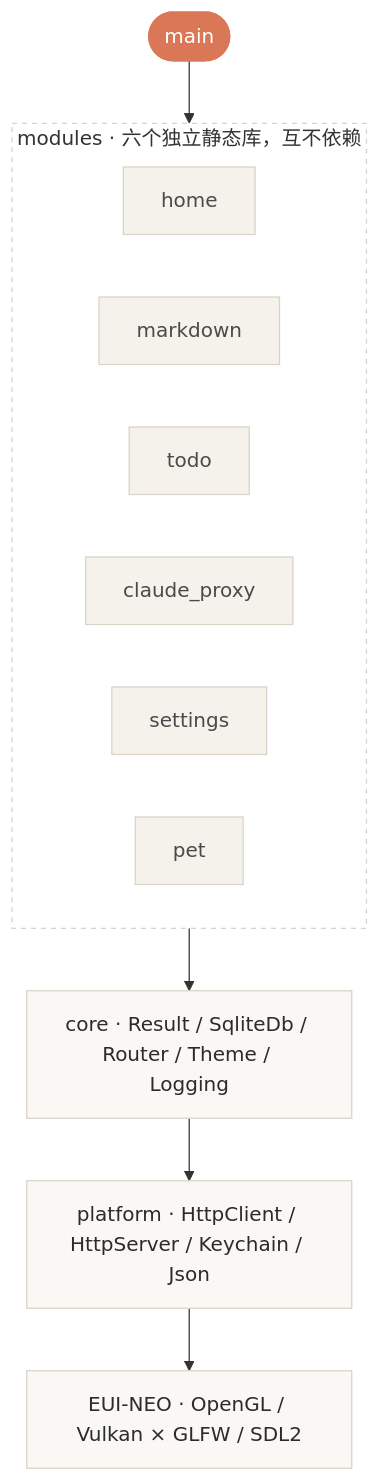
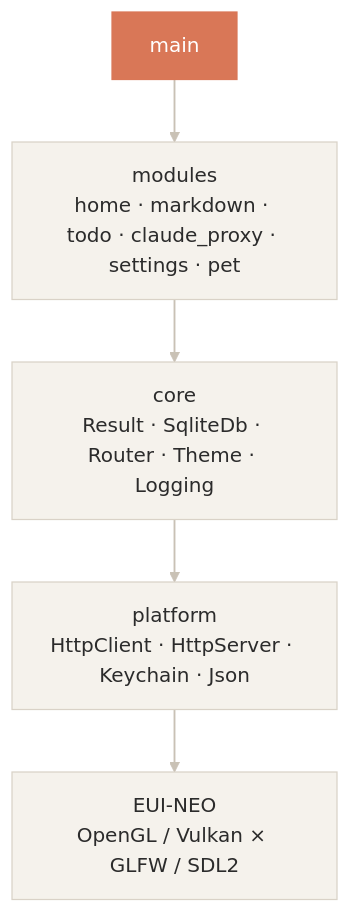
Before and after one commit to coderstory/DevDesk: the diagram in README.md, drawn with Mermaid.

Commit message:
docs(readme): 修架构图渲染错乱 + 功能表去掉 emoji
架构图：上一版叠了三个 GitHub mermaid 不稳的写法 —— subgraph 带标题、
subgraph 内 direction LR、style 里 stroke-dasharray 带空格 —— 真机上渲染错乱。
改成只用最基础语法：节点用带引号的标签 + <br/> 分两行、逐节点 style、linkStyle 统一连线色。
已用 mermaid.ink 实渲染验证（HTTP 200，返回有效 PNG）。

功能表：第一列 emoji 去掉（用户反馈很丑）—— 混排会让左列宽窄不一，
且 ⚙️ 这类带变体选择符的字形在各渲染器上不一致。只留加粗模块名。

````diff
--- a/README.md
+++ b/README.md
@@ -161,32 +161,14 @@
 ```mermaid
 flowchart TD
-    main(["main"])
+    A["main"] --> B["modules<br/>home · markdown · todo · claude_proxy · settings · pet"]
+    B --> C["core<br/>Result · SqliteDb · Router · Theme · Logging"]
+    C --> D["platform<br/>HttpClient · HttpServer · Keychain · Json"]
+    D --> E["EUI-NEO<br/>OpenGL / Vulkan × GLFW / SDL2"]
 
-    subgraph modules["modules · 六个独立静态库，互不依赖"]
-        direction LR
-        home["home"]
-        markdown["markdown"]
-        todo["todo"]
-        claude["claude_proxy"]
-        settings["settings"]
-        pet["pet"]
-    end
-
-    core["core · Result / SqliteDb / Router / Theme / Logging"]
-    platform["platform · HttpClient / HttpServer / Keychain / Json"]
-    eui["EUI-NEO · OpenGL / Vulkan × GLFW / SDL2"]
-
-    main --> modules
-    modules --> core
-    core --> platform
-    platform --> eui
-
-    classDef accent fill:#D97757,stroke:#D97757,color:#FFFFFF
-    classDef layer fill:#FAF8F4,stroke:#D9D2C7,color:#2B2B2B
-    classDef mod fill:#F5F2EC,stroke:#D9D2C7,color:#4A4A4A
-
-    class main accent
-    class core,platform,eui layer
-    class home,markdown,todo,claude,settings,pet mod
-    style modules fill:#FFFFFF,stroke:#D9D2C7,stroke-dasharray: 4 4
+    style A fill:#D97757,stroke:#D97757,color:#FFFFFF
+    style B fill:#F5F2EC,stroke:#D9D2C7,color:#2B2B2B
+    style C fill:#F5F2EC,stroke:#D9D2C7,color:#2B2B2B
+    style D fill:#F5F2EC,stroke:#D9D2C7,color:#2B2B2B
+    style E fill:#F5F2EC,stroke:#D9D2C7,color:#2B2B2B
+    linkStyle default stroke:#C9C1B5,stroke-width:1.5px
 ```
````
